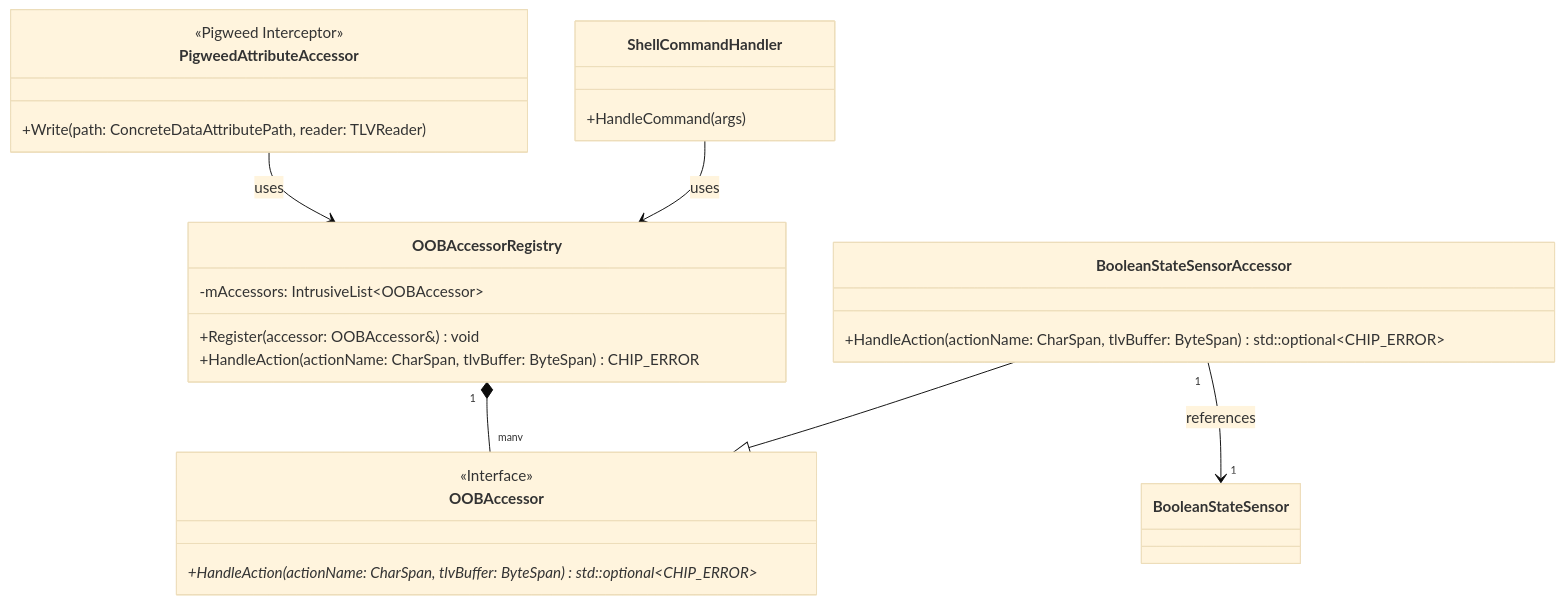
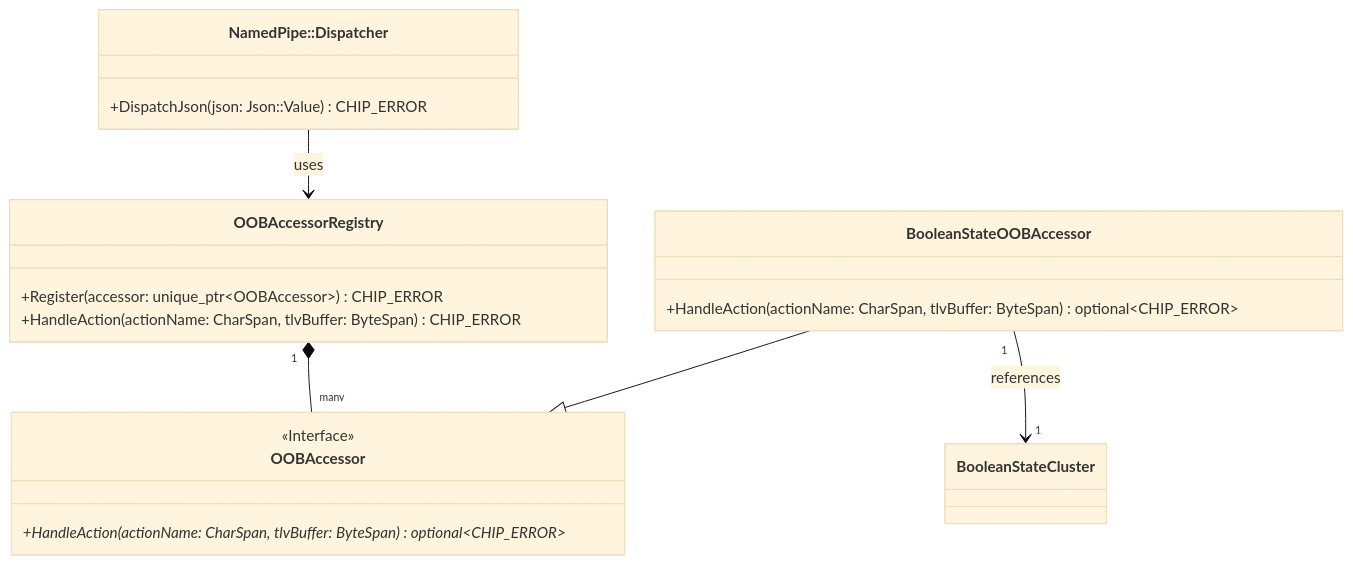
Before and after one commit to SiliconLabsSoftware/matter_sdk: the diagram in examples/all-devices-app/all-devices-common/oob-accessors/README.md, drawn with Mermaid (base theme). The commit also changed 156 other files, not shown here.

First line of the commit message:
[all-devices-app] Implement modular OOB accessors and Named Pipe translator dispatch (#73968)

````diff
--- a/examples/all-devices-app/all-devices-common/oob-accessors/README.md
+++ b/examples/all-devices-app/all-devices-common/oob-accessors/README.md
@@ -18,31 +18,25 @@
 ```mermaid
 classDiagram
     class OOBAccessorRegistry {
-        -mAccessors: IntrusiveList~OOBAccessor~
-        +Register(accessor: OOBAccessor&) void
+        +Register(accessor: unique_ptr~OOBAccessor~) CHIP_ERROR
         +HandleAction(actionName: CharSpan, tlvBuffer: ByteSpan) CHIP_ERROR
     }
     class OOBAccessor {
         <<Interface>>
-        +HandleAction(actionName: CharSpan, tlvBuffer: ByteSpan) std::optional~CHIP_ERROR~*
+        +HandleAction(actionName: CharSpan, tlvBuffer: ByteSpan) optional~CHIP_ERROR~*
     }
-    class BooleanStateSensorAccessor {
-        +HandleAction(actionName: CharSpan, tlvBuffer: ByteSpan) std::optional~CHIP_ERROR~
+    class BooleanStateOOBAccessor {
+        +HandleAction(actionName: CharSpan, tlvBuffer: ByteSpan) optional~CHIP_ERROR~
     }
-    class BooleanStateSensor {
+    class BooleanStateCluster {
     }
 
-    class PigweedAttributeAccessor {
-        <<Pigweed Interceptor>>
-        +Write(path: ConcreteDataAttributePath, reader: TLVReader)
-    }
-    class ShellCommandHandler {
-        +HandleCommand(args)
+    class NamedPipeDispatcher["NamedPipe::Dispatcher"] {
+        +DispatchJson(json: Json::Value) CHIP_ERROR
     }
 
     OOBAccessorRegistry "1" *-- "many" OOBAccessor
-    BooleanStateSensorAccessor --|> OOBAccessor
-    BooleanStateSensorAccessor "1" --> "1" BooleanStateSensor : references
-    PigweedAttributeAccessor --> OOBAccessorRegistry : uses
-    ShellCommandHandler --> OOBAccessorRegistry : uses
+    BooleanStateOOBAccessor --|> OOBAccessor
+    BooleanStateOOBAccessor "1" --> "1" BooleanStateCluster : references
+    NamedPipeDispatcher --> OOBAccessorRegistry : uses
 ```
````
